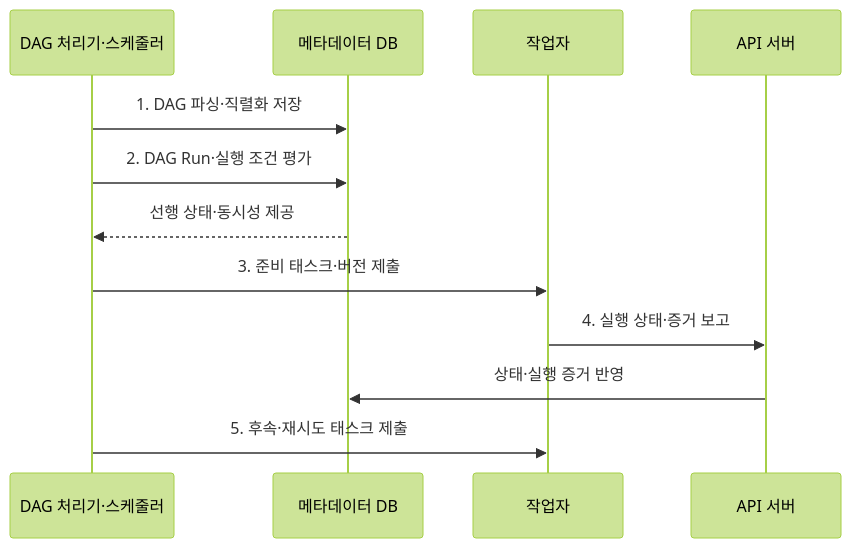
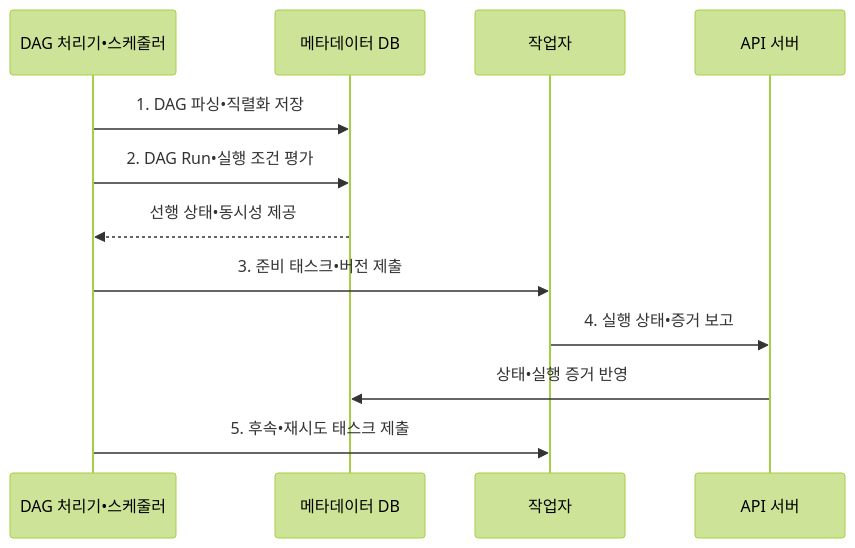
Before and after one commit to agnusdei1207/knowledge-base: the second of 2 diagrams in src/content/docs/notes/03-software/139_data_pipeline_orchestration.md, drawn with Mermaid (forest theme). The commit also changed other lines of this file and 953 other files, not shown here.

````diff
--- a/src/content/docs/notes/03-software/139_data_pipeline_orchestration.md
+++ b/src/content/docs/notes/03-software/139_data_pipeline_orchestration.md
@@ -111,14 +111,14 @@
 ```mermaid
 sequenceDiagram
-    participant S as DAG 처리기·스케줄러
+    participant S as DAG 처리기•스케줄러
     participant M as 메타데이터 DB
     participant W as 작업자
     participant A as API 서버
-    S->>M: 1. DAG 파싱·직렬화 저장
-    S->>M: 2. DAG Run·실행 조건 평가
-    M-->>S: 선행 상태·동시성 제공
-    S->>W: 3. 준비 태스크·버전 제출
-    W->>A: 4. 실행 상태·증거 보고
-    A->>M: 상태·실행 증거 반영
-    S->>W: 5. 후속·재시도 태스크 제출
+    S->>M: 1. DAG 파싱•직렬화 저장
+    S->>M: 2. DAG Run•실행 조건 평가
+    M-->>S: 선행 상태•동시성 제공
+    S->>W: 3. 준비 태스크•버전 제출
+    W->>A: 4. 실행 상태•증거 보고
+    A->>M: 상태•실행 증거 반영
+    S->>W: 5. 후속•재시도 태스크 제출
 ```
````
